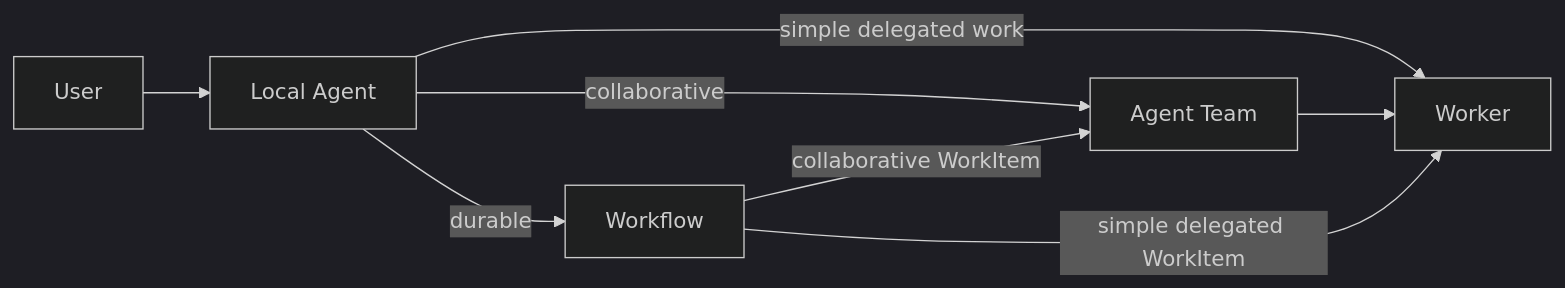
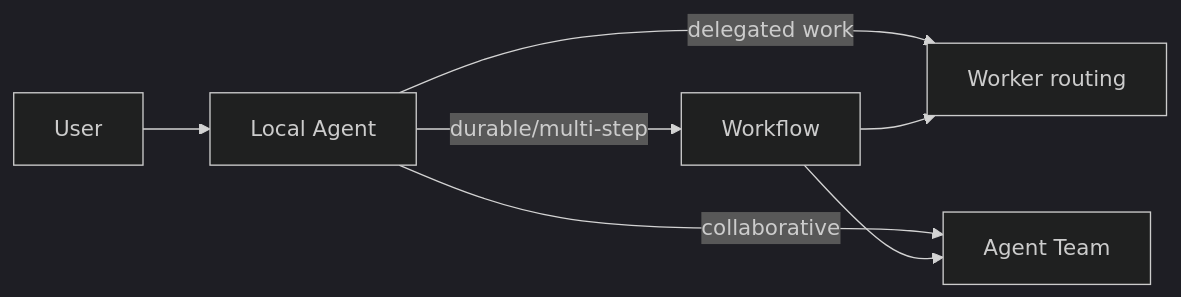
The first of 6 diagrams in docs/architecture/interaction-model.md (tsuuanmi/AgentOS), drawn with Mermaid (dark theme) before and after one commit. The commit also changed other lines of this file and 41 other files, not shown here.

First line of the commit message:
docs: consolidate Worker-first MVP architecture

```diff
--- a/docs/architecture/interaction-model.md
+++ b/docs/architecture/interaction-model.md
@@ -10,12 +10,11 @@
 ~~~mermaid
 flowchart LR
     U[User] --> L[Local Agent]
 
-    L -->|simple delegated work| Worker[Worker]
-    L -->|collaborative| Team[Agent Team]
-    L -->|durable| Workflow[Workflow]
+    L -->|delegated work| R[Worker routing]
+    L -->|collaborative| T[Agent Team]
+    L -->|durable/multi-step| W[Workflow]
 
-    Workflow -->|collaborative WorkItem| Team
-    Workflow -->|simple delegated WorkItem| Worker
-    Team --> Worker
+    W --> T
+    W --> R
 ~~~
```
